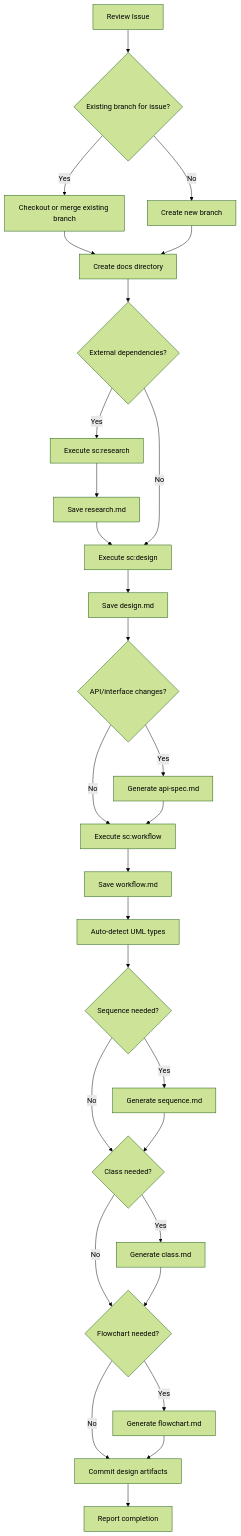
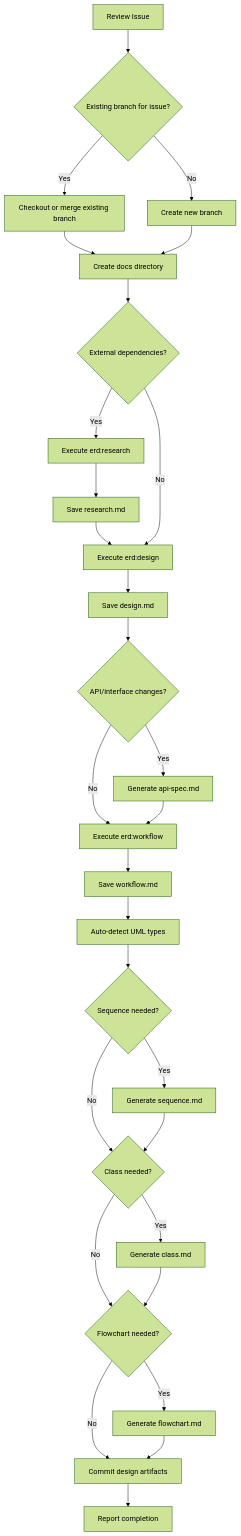
One commit to TE-ToshiakiTanaka2/tarnished changed the diagram in templates/claude/.claude/skills/design/SKILL.md. Above: the diagram before and after it, drawn with Mermaid (forest theme). The commit also changed other lines of this file and 43 other files, not shown here.

First line of the commit message:
feat: internalize SuperClaude skills as erd: commands (#241)

````diff
--- a/templates/claude/.claude/skills/design/SKILL.md
+++ b/templates/claude/.claude/skills/design/SKILL.md
@@ -326,31 +326,31 @@
 ```mermaid
 graph TD
     A[Review Issue] --> B0{Existing branch for issue?}
     B0 -->|Yes| B1[Checkout or merge existing branch]
     B0 -->|No| B[Create new branch]
     B1 --> C[Create docs directory]
     B --> C
     C --> D{External dependencies?}
-    D -->|Yes| D1[Execute sc:research]
+    D -->|Yes| D1[Execute erd:research]
     D1 --> D2[Save research.md]
-    D2 --> E[Execute sc:design]
+    D2 --> E[Execute erd:design]
     D -->|No| E
     E --> E2[Save design.md]
     E2 --> E3{API/interface changes?}
     E3 -->|Yes| E4[Generate api-spec.md]
     E3 -->|No| F
-    E4 --> F[Execute sc:workflow]
+    E4 --> F[Execute erd:workflow]
     F --> F2[Save workflow.md]
     F2 --> G[Auto-detect UML types]
     G --> H{Sequence needed?}
     H -->|Yes| H2[Generate sequence.md]
     H -->|No| I{Class needed?}
     H2 --> I
     I -->|Yes| I2[Generate class.md]
     I -->|No| J{Flowchart needed?}
     I2 --> J
     J -->|Yes| J2[Generate flowchart.md]
     J -->|No| K[Commit design artifacts]
     J2 --> K
     K --> L[Report completion]
 ```
````
